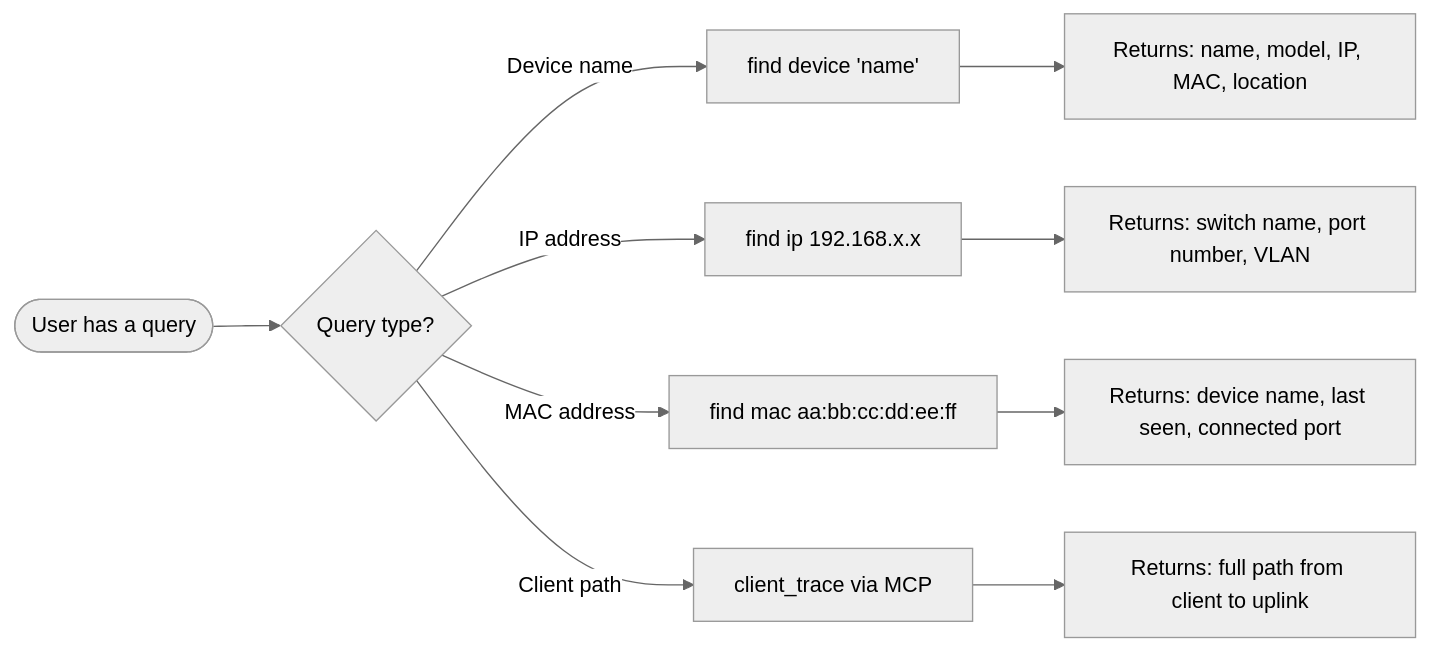
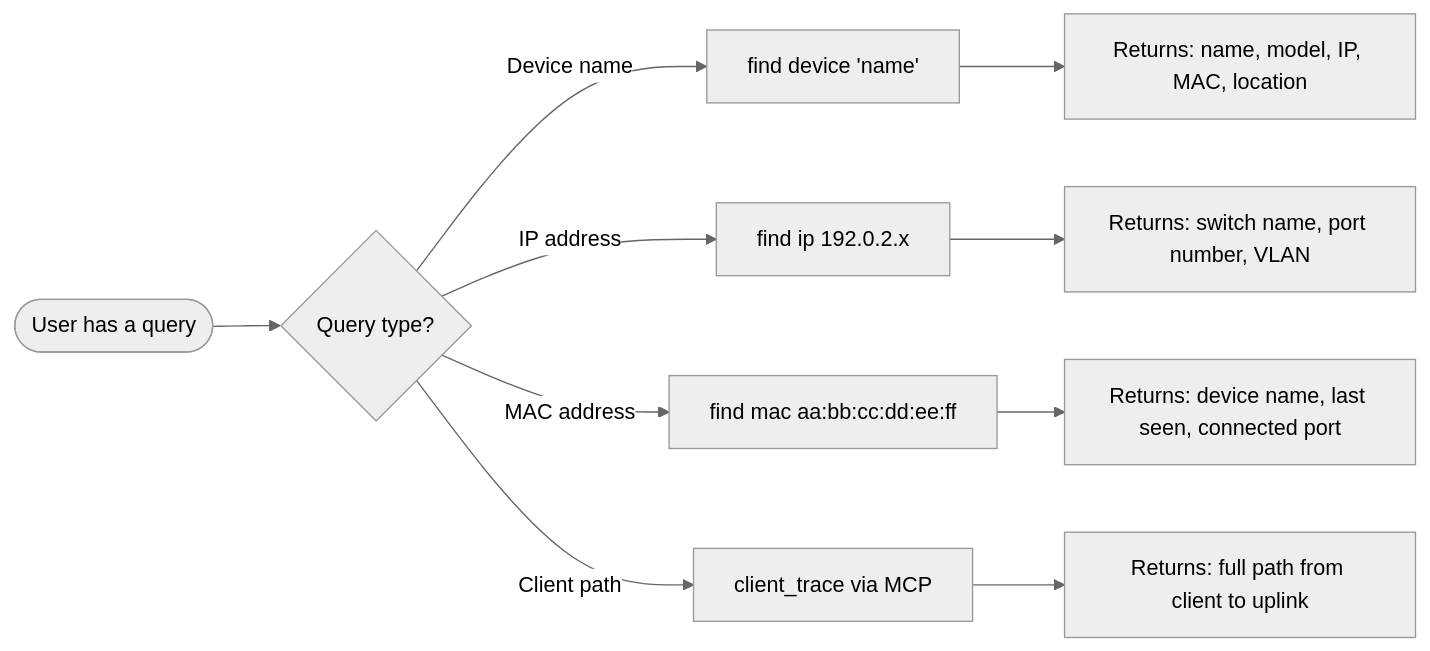
Before and after one commit to NetDevAutomate/unifi_management_cli: the fourth of 20 diagrams in docs/guides/use-cases-and-howto.md, drawn with Mermaid (neutral theme). The commit also changed other lines of this file and 4 other files, not shown here.

````diff
--- a/docs/guides/use-cases-and-howto.md
+++ b/docs/guides/use-cases-and-howto.md
@@ -389,12 +389,12 @@
 ```mermaid
 flowchart LR
     A([User has a query]) --> B{Query type?}
     B -->|Device name| C[find device 'name']
-    B -->|IP address| D[find ip 192.168.x.x]
+    B -->|IP address| D[find ip 192.0.2.x]
     B -->|MAC address| E[find mac aa:bb:cc:dd:ee:ff]
     B -->|Client path| F[client_trace via MCP]
     C --> G[Returns: name, model, IP, MAC, location]
     D --> H[Returns: switch name, port number, VLAN]
     E --> I[Returns: device name, last seen, connected port]
     F --> J[Returns: full path from client to uplink]
 ```
````
